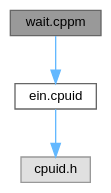
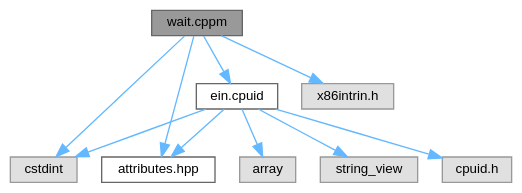
Before and after one commit to ekmett/ein: the diagram in wait_8cppm__incl.dot, drawn with Graphviz. The commit also changed 38 other files, not shown here.

```diff
--- a/wait_8cppm__incl.dot
+++ b/wait_8cppm__incl.dot
@@ -1,13 +1,25 @@
 digraph "wait.cppm"
 {
  // INTERACTIVE_SVG=YES
  // LATEX_PDF_SIZE
   bgcolor="transparent";
   edge [fontname=Helvetica,fontsize=10,labelfontname=Helvetica,labelfontsize=10];
   node [fontname=Helvetica,fontsize=10,shape=box,height=0.2,width=0.4];
   Node1 [id="Node000001",label="wait.cppm",height=0.2,width=0.4,color="gray40", fillcolor="grey60", style="filled", fontcolor="black",tooltip="waiting strategies"];
   Node1 -> Node2 [id="edge1_Node000001_Node000002",color="steelblue1",style="solid",tooltip=" "];
-  Node2 [id="Node000002",label="ein.cpuid",height=0.2,width=0.4,color="grey40", fillcolor="white", style="filled",URL="$cpuid_8cppm.html",tooltip=" "];
-  Node2 -> Node3 [id="edge2_Node000002_Node000003",color="steelblue1",style="solid",tooltip=" "];
-  Node3 [id="Node000003",label="cpuid.h",height=0.2,width=0.4,color="grey60", fillcolor="#E0E0E0", style="filled",tooltip=" "];
+  Node2 [id="Node000002",label="cstdint",height=0.2,width=0.4,color="grey60", fillcolor="#E0E0E0", style="filled",tooltip=" "];
+  Node1 -> Node3 [id="edge2_Node000001_Node000003",color="steelblue1",style="solid",tooltip=" "];
+  Node3 [id="Node000003",label="x86intrin.h",height=0.2,width=0.4,color="grey60", fillcolor="#E0E0E0", style="filled",tooltip=" "];
+  Node1 -> Node4 [id="edge3_Node000001_Node000004",color="steelblue1",style="solid",tooltip=" "];
+  Node4 [id="Node000004",label="attributes.hpp",height=0.2,width=0.4,color="grey40", fillcolor="white", style="filled",URL="$attributes_8hpp.html",tooltip="an opinionated subset of clang/gcc attributes"];
+  Node1 -> Node5 [id="edge4_Node000001_Node000005",color="steelblue1",style="solid",tooltip=" "];
+  Node5 [id="Node000005",label="ein.cpuid",height=0.2,width=0.4,color="grey40", fillcolor="white", style="filled",URL="$cpuid_8cppm.html",tooltip=" "];
+  Node5 -> Node6 [id="edge5_Node000005_Node000006",color="steelblue1",style="solid",tooltip=" "];
+  Node6 [id="Node000006",label="array",height=0.2,width=0.4,color="grey60", fillcolor="#E0E0E0", style="filled",tooltip=" "];
+  Node5 -> Node2 [id="edge6_Node000005_Node000002",color="steelblue1",style="solid",tooltip=" "];
+  Node5 -> Node7 [id="edge7_Node000005_Node000007",color="steelblue1",style="solid",tooltip=" "];
+  Node7 [id="Node000007",label="string_view",height=0.2,width=0.4,color="grey60", fillcolor="#E0E0E0", style="filled",tooltip=" "];
+  Node5 -> Node4 [id="edge8_Node000005_Node000004",color="steelblue1",style="solid",tooltip=" "];
+  Node5 -> Node8 [id="edge9_Node000005_Node000008",color="steelblue1",style="solid",tooltip=" "];
+  Node8 [id="Node000008",label="cpuid.h",height=0.2,width=0.4,color="grey60", fillcolor="#E0E0E0", style="filled",tooltip=" "];
 }
```
